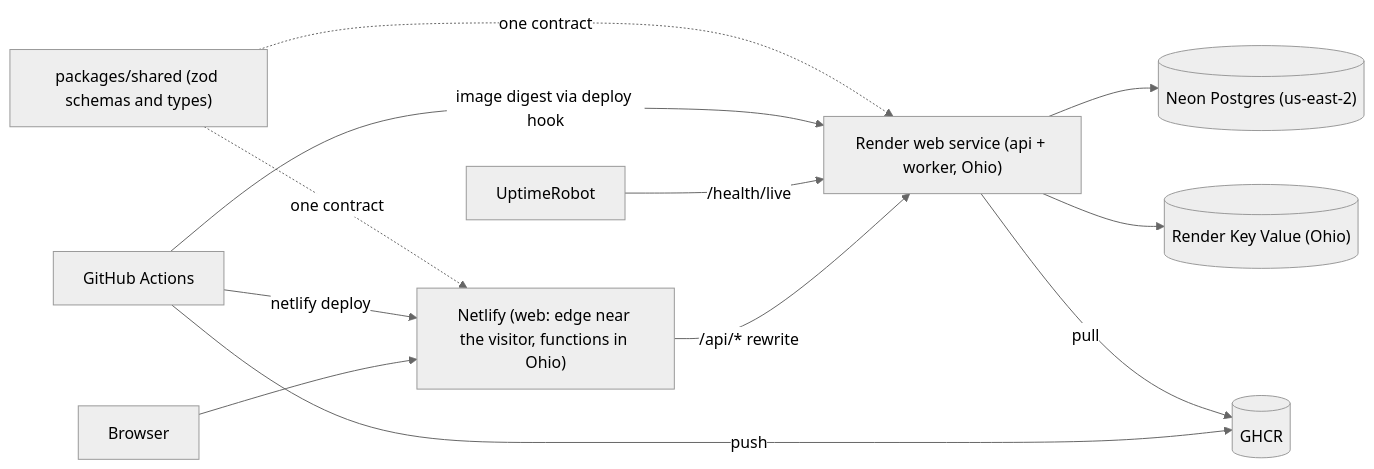
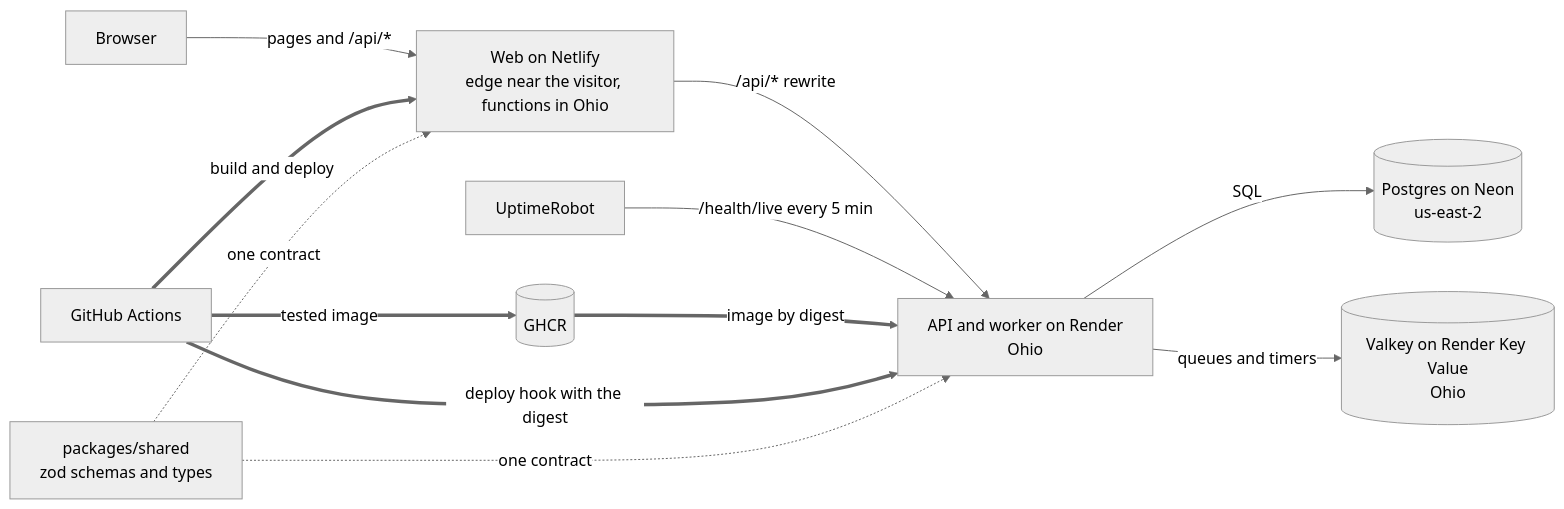
One commit to Vladimir0087/clientry changed the diagram in README.md. Above: the diagram before and after it, drawn with Mermaid (neutral theme). The commit also changed other lines of this file and 1 other file, not shown here.

Commit message:
docs: clarify the architecture diagram

````diff
--- a/README.md
+++ b/README.md
@@ -62,14 +62,14 @@
 ```mermaid
 flowchart LR
-  browser[Browser] --> netlify["Netlify (web: edge near the visitor, functions in Ohio)"]
-  netlify -- "/api/* rewrite" --> render["Render web service (api + worker, Ohio)"]
-  render --> neon[("Neon Postgres (us-east-2)")]
-  render --> valkey[("Render Key Value (Ohio)")]
-  pinger[UptimeRobot] -- "/health/live" --> render
-  ci[GitHub Actions] -- "image digest via deploy hook" --> render
-  ci -- "netlify deploy" --> netlify
-  ci -- "push" --> ghcr[(GHCR)]
-  render -- "pull" --> ghcr
-  shared["packages/shared (zod schemas and types)"] -.->|one contract| netlify
-  shared -.->|one contract| render
+  browser[Browser] -->|"pages and /api/*"| web["Web on Netlify<br>edge near the visitor, functions in Ohio"]
+  web -->|"/api/* rewrite"| api["API and worker on Render<br>Ohio"]
+  api -->|"SQL"| neon[("Postgres on Neon<br>us-east-2")]
+  api -->|"queues and timers"| valkey[("Valkey on Render Key Value<br>Ohio")]
+  pinger[UptimeRobot] -->|"/health/live every 5 min"| api
+  ci[GitHub Actions] ==>|"tested image"| ghcr[(GHCR)]
+  ghcr ==>|"image by digest"| api
+  ci ==>|"deploy hook with the digest"| api
+  ci ==>|"build and deploy"| web
+  shared["packages/shared<br>zod schemas and types"] -.->|"one contract"| web
+  shared -.->|"one contract"| api
 ```
````
